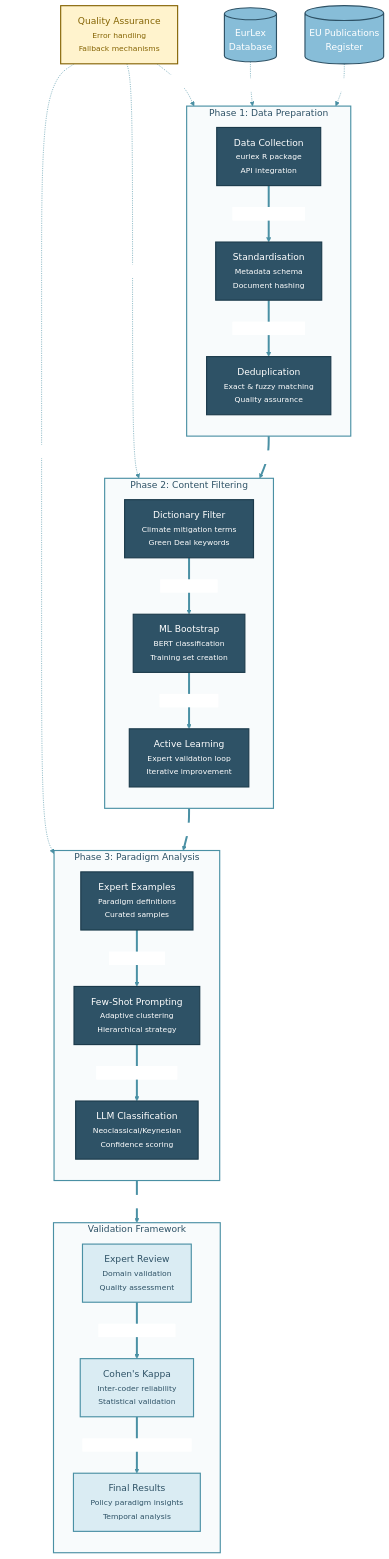
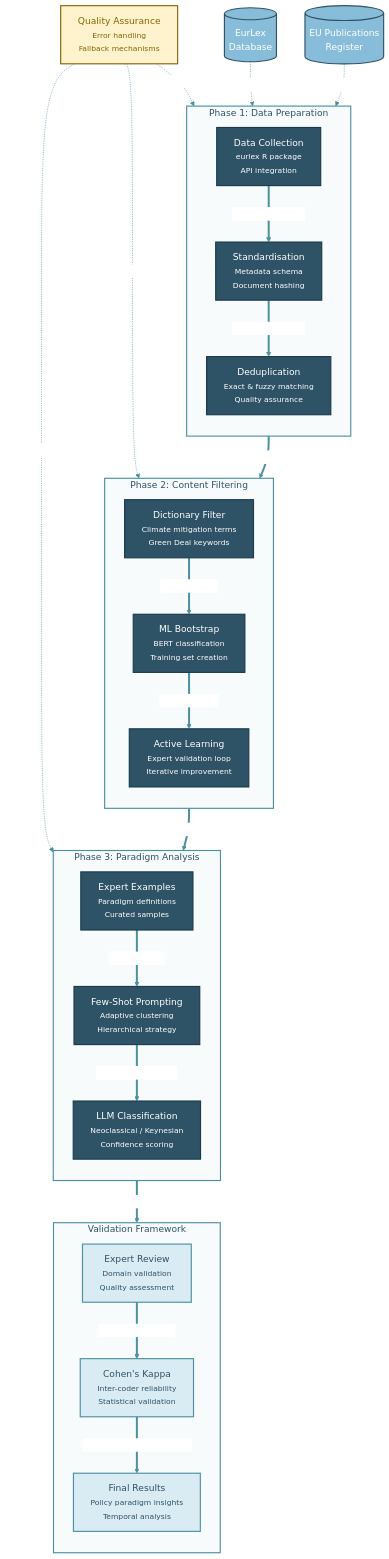
The diagram in docs/workflow.mmd (knutley/personal_AdJUST), drawn with Mermaid before and after one commit.

```diff
--- a/docs/workflow.mmd
+++ b/docs/workflow.mmd
@@ -1,95 +1,95 @@
 %%{init: {
     'theme': 'base',
     'themeVariables': {
         'primaryColor': '#2E5266',
         'primaryTextColor': '#ffffff',
         'primaryBorderColor': '#1B3A4B',
         'lineColor': '#4A90A4',
         'secondaryColor': '#87BDD8',
         'tertiaryColor': '#DAECF3',
         'background': '#ffffff',
         'mainBkg': '#2E5266',
         'secondBkg': '#87BDD8',
         'tertiaryBkg': '#DAECF3',
         'clusterBkg': '#F8FBFC',
         'clusterBorder': '#4A90A4',
         'edgeLabelBackground': '#ffffff'
     }
 }}%%
 
 flowchart TD
     %% Data Sources
     EurLex[("EurLex<br/>Database")]
     EuPubs[("EU Publications<br/>Register")]
     
     %% Phase 1: Data Collection & Preparation
     subgraph Phase1["Phase 1: Data Preparation"]
         direction TB
         Collection["Data Collection<br/><small>eurlex R package<br/>API integration</small>"]
         Standard["Standardisation<br/><small>Metadata schema<br/>Document hashing</small>"]
         Dedup["Deduplication<br/><small>Exact & fuzzy matching<br/>Quality assurance</small>"]
     end
     
     %% Phase 2: Content Filtering
     subgraph Phase2["Phase 2: Content Filtering"]
         direction TB
         DictFilter["Dictionary Filter<br/><small>Climate mitigation terms<br/>Green Deal keywords</small>"]
         MLBootstrap["ML Bootstrap<br/><small>BERT classification<br/>Training set creation</small>"]
         ActiveLearn["Active Learning<br/><small>Expert validation loop<br/>Iterative improvement</small>"]
     end
     
     %% Phase 3: Paradigm Classification
     subgraph Phase3["Phase 3: Paradigm Analysis"]
         direction TB
         ExpertEx["Expert Examples<br/><small>Paradigm definitions<br/>Curated samples</small>"]
         FewShot["Few-Shot Prompting<br/><small>Adaptive clustering<br/>Hierarchical strategy</small>"]
-        LLMAnalysis["LLM Classification<br/><small>Neoclassical/Keynesian<br/>Confidence scoring</small>"]
+        LLMAnalysis["LLM Classification<br/><small>Neoclassical / Keynesian<br/>Confidence scoring</small>"]
     end
     
     %% Validation Layer
     subgraph Validation["Validation Framework"]
         direction TB
         ExpertReview["Expert Review<br/><small>Domain validation<br/>Quality assessment</small>"]
         CohenKappa["Cohen's Kappa<br/><small>Inter-coder reliability<br/>Statistical validation</small>"]
         FinalResults["Final Results<br/><small>Policy paradigm insights<br/>Temporal analysis</small>"]
     end
     
     %% Quality Assurance
     QA["Quality Assurance<br/><small>Error handling<br/>Fallback mechanisms</small>"]
     
     %% Flow connections with enhanced styling
     EurLex -.->|"API calls"| Collection
     EuPubs -.->|"Web scraping"| Collection
     
     Collection ==>|"Raw documents"| Standard
     Standard ==>|"Clean metadata"| Dedup
     Dedup ==>|"Unique corpus"| DictFilter
     
     DictFilter ==>|"Filtered docs"| MLBootstrap
     MLBootstrap ==>|"Training data"| ActiveLearn
     ActiveLearn ==>|"Validated corpus"| ExpertEx
     
     ExpertEx ==>|"Example set"| FewShot
     FewShot ==>|"Prompt templates"| LLMAnalysis
     LLMAnalysis ==>|"Classifications"| ExpertReview
     
     ExpertReview ==>|"Reviewed results"| CohenKappa
     CohenKappa ==>|"Validated classifications"| FinalResults
     
     %% Quality assurance connections
     QA -.->|"Monitors"| Phase1
     QA -.->|"Validates"| Phase2
     QA -.->|"Ensures quality"| Phase3
     
     %% Styling
     classDef phaseBox fill:#F8FBFC,stroke:#4A90A4,stroke-width:2px,color:#2E5266
     classDef dataSource fill:#87BDD8,stroke:#2E5266,stroke-width:2px,color:#ffffff
     classDef process fill:#2E5266,stroke:#1B3A4B,stroke-width:2px,color:#ffffff
     classDef validation fill:#DAECF3,stroke:#4A90A4,stroke-width:2px,color:#2E5266
     classDef qa fill:#FFF3CD,stroke:#856404,stroke-width:2px,color:#856404
     
     class Phase1,Phase2,Phase3,Validation phaseBox
     class EurLex,EuPubs dataSource
     class Collection,Standard,Dedup,DictFilter,MLBootstrap,ActiveLearn,ExpertEx,FewShot,LLMAnalysis process
     class ExpertReview,CohenKappa,FinalResults validation
     class QA qa
```
